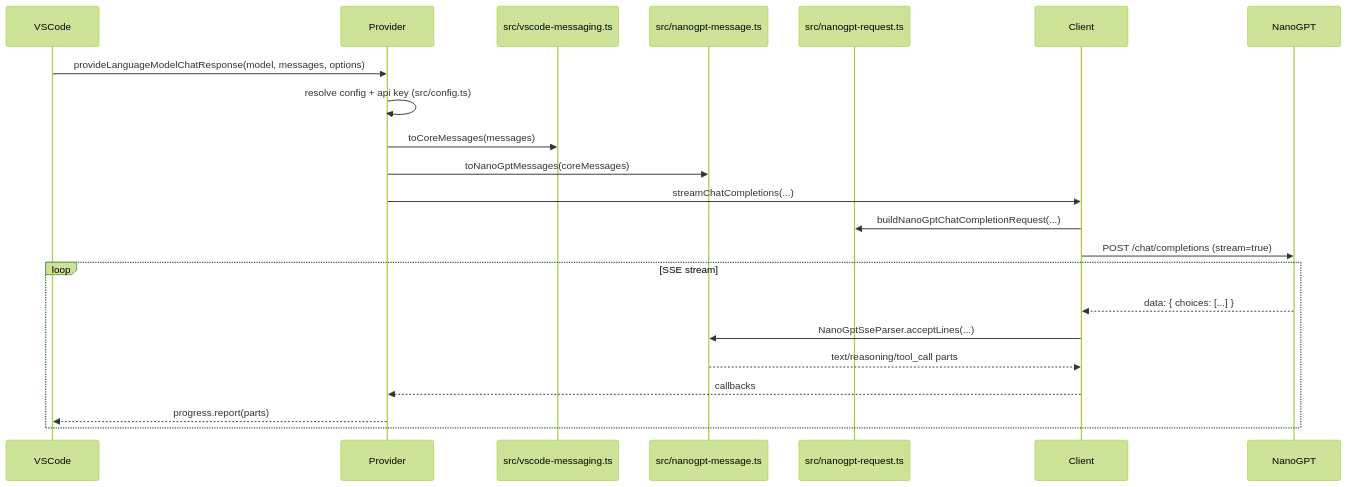
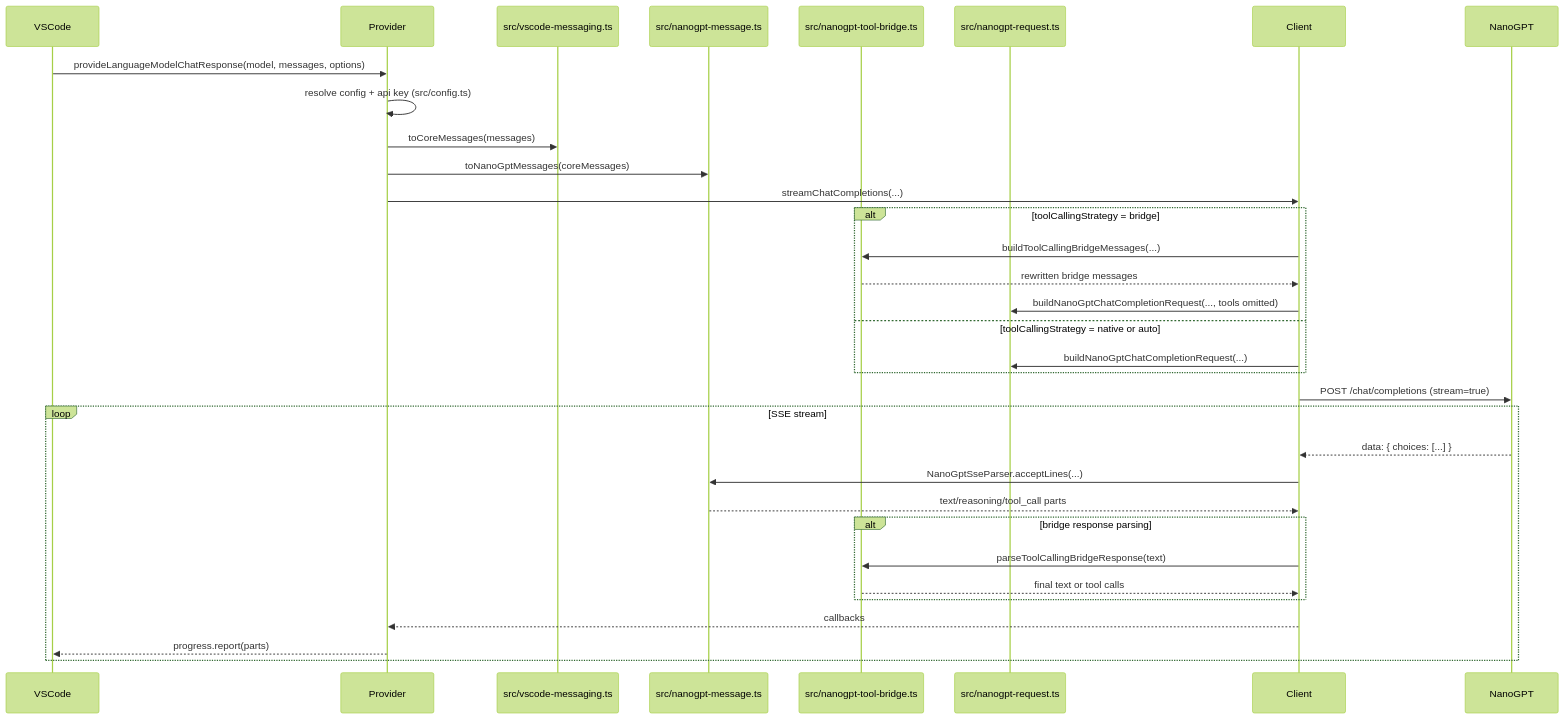
The third of 3 diagrams in docs/architecture/runtime-flows.md (deadronos/nanogpt-provider-vscode-extension), drawn with Mermaid (forest theme) before and after one commit. The commit also changed other lines of this file and 18 other files, not shown here.

First line of the commit message:
feat: add tool calling strategy and bridge functionality

````diff
--- a/docs/architecture/runtime-flows.md
+++ b/docs/architecture/runtime-flows.md
@@ -120,25 +123,36 @@
 ```mermaid
 sequenceDiagram
     participant VSCode
     participant Provider
     participant VscMsg as src/vscode-messaging.ts
     participant Core as src/nanogpt-message.ts
+    participant Bridge as src/nanogpt-tool-bridge.ts
     participant Req as src/nanogpt-request.ts
     participant Client
     participant NanoGPT
 
     VSCode->>Provider: provideLanguageModelChatResponse(model, messages, options)
     Provider->>Provider: resolve config + api key (src/config.ts)
     Provider->>VscMsg: toCoreMessages(messages)
     Provider->>Core: toNanoGptMessages(coreMessages)
     Provider->>Client: streamChatCompletions(...)
-    Client->>Req: buildNanoGptChatCompletionRequest(...)
+    alt toolCallingStrategy = bridge
+      Client->>Bridge: buildToolCallingBridgeMessages(...)
+      Bridge-->>Client: rewritten bridge messages
+      Client->>Req: buildNanoGptChatCompletionRequest(..., tools omitted)
+    else toolCallingStrategy = native or auto
+      Client->>Req: buildNanoGptChatCompletionRequest(...)
+    end
     Client->>NanoGPT: POST /chat/completions (stream=true)
     loop SSE stream
         NanoGPT-->>Client: data: { choices: [...] }
         Client->>Core: NanoGptSseParser.acceptLines(...)
         Core-->>Client: text/reasoning/tool_call parts
-        Client-->>Provider: callbacks
+      alt bridge response parsing
+        Client->>Bridge: parseToolCallingBridgeResponse(text)
+        Bridge-->>Client: final text or tool calls
+      end
+      Client-->>Provider: callbacks
         Provider-->>VSCode: progress.report(parts)
     end
 ```
````
